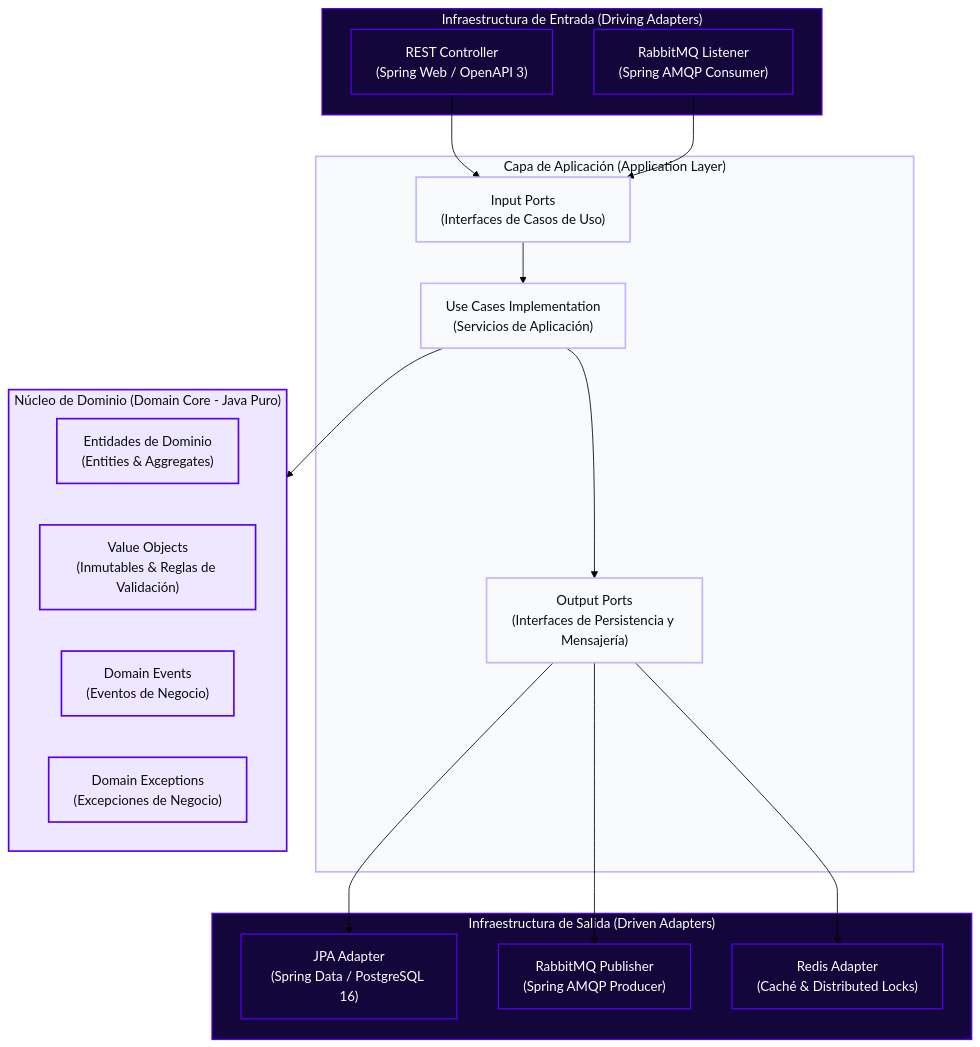
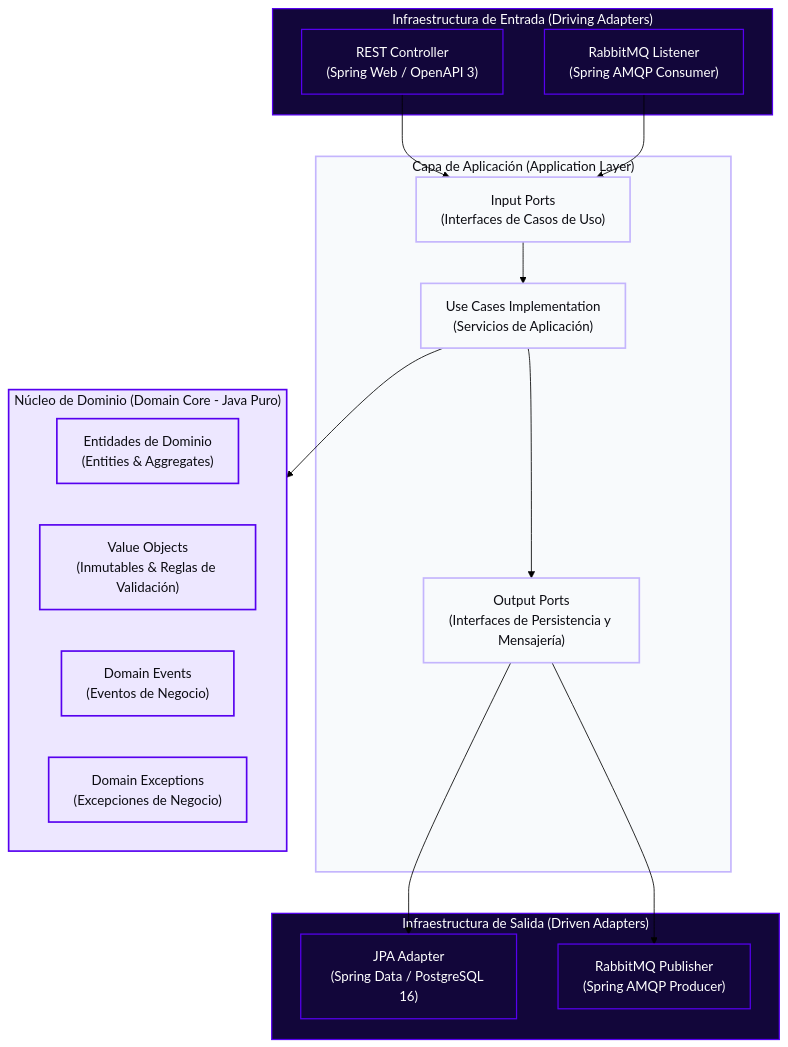
Before and after one commit to StyleRadar1/NQS-Statistics-Service: the first of 2 diagrams in README.md, drawn with Mermaid (forest theme). The commit also changed other lines of this file and 17 other files, not shown here.

````diff
--- a/README.md
+++ b/README.md
@@ -155,43 +155,41 @@
 ```mermaid
 flowchart TD
     subgraph INFRA_IN["Infraestructura de Entrada (Driving Adapters)"]
         REST["REST Controller<br>(Spring Web / OpenAPI 3)"]
         AMQP_IN["RabbitMQ Listener<br>(Spring AMQP Consumer)"]
     end
 
     subgraph APP["Capa de Aplicación (Application Layer)"]
         IN_PORT["Input Ports<br>(Interfaces de Casos de Uso)"]
         USE_CASES["Use Cases Implementation<br>(Servicios de Aplicación)"]
         OUT_PORT["Output Ports<br>(Interfaces de Persistencia y Mensajería)"]
     end
 
     subgraph DOMAIN["Núcleo de Dominio (Domain Core - Java Puro)"]
         ENTITIES["Entidades de Dominio<br>(Entities & Aggregates)"]
         VO["Value Objects<br>(Inmutables & Reglas de Validación)"]
         EVENTS["Domain Events<br>(Eventos de Negocio)"]
         EXCEPTIONS["Domain Exceptions<br>(Excepciones de Negocio)"]
     end
 
     subgraph INFRA_OUT["Infraestructura de Salida (Driven Adapters)"]
         JPA_REPO["JPA Adapter<br>(Spring Data / PostgreSQL 16)"]
         RABBIT_PUB["RabbitMQ Publisher<br>(Spring AMQP Producer)"]
-        REDIS_ADAPTER["Redis Adapter<br>(Caché & Distributed Locks)"]
     end
 
     REST --> IN_PORT
     AMQP_IN --> IN_PORT
     IN_PORT --> USE_CASES
     USE_CASES --> DOMAIN
     USE_CASES --> OUT_PORT
     OUT_PORT --> JPA_REPO
     OUT_PORT --> RABBIT_PUB
-    OUT_PORT --> REDIS_ADAPTER
 
     classDef domain fill:#EDE7FF,stroke:#5600EF,stroke-width:2px,color:#0C0C12;
     classDef app fill:#F8FAFC,stroke:#C4B5FD,stroke-width:2px,color:#0C0C12;
     classDef infra fill:#12063A,stroke:#5600EF,stroke-width:1.5px,color:#FFFFFF;
 
     class DOMAIN,ENTITIES,VO,EVENTS,EXCEPTIONS domain;
     class APP,IN_PORT,USE_CASES,OUT_PORT app;
-    class INFRA_IN,INFRA_OUT,REST,AMQP_IN,JPA_REPO,RABBIT_PUB,REDIS_ADAPTER infra;
+    class INFRA_IN,INFRA_OUT,REST,AMQP_IN,JPA_REPO,RABBIT_PUB infra;
 ```
````
